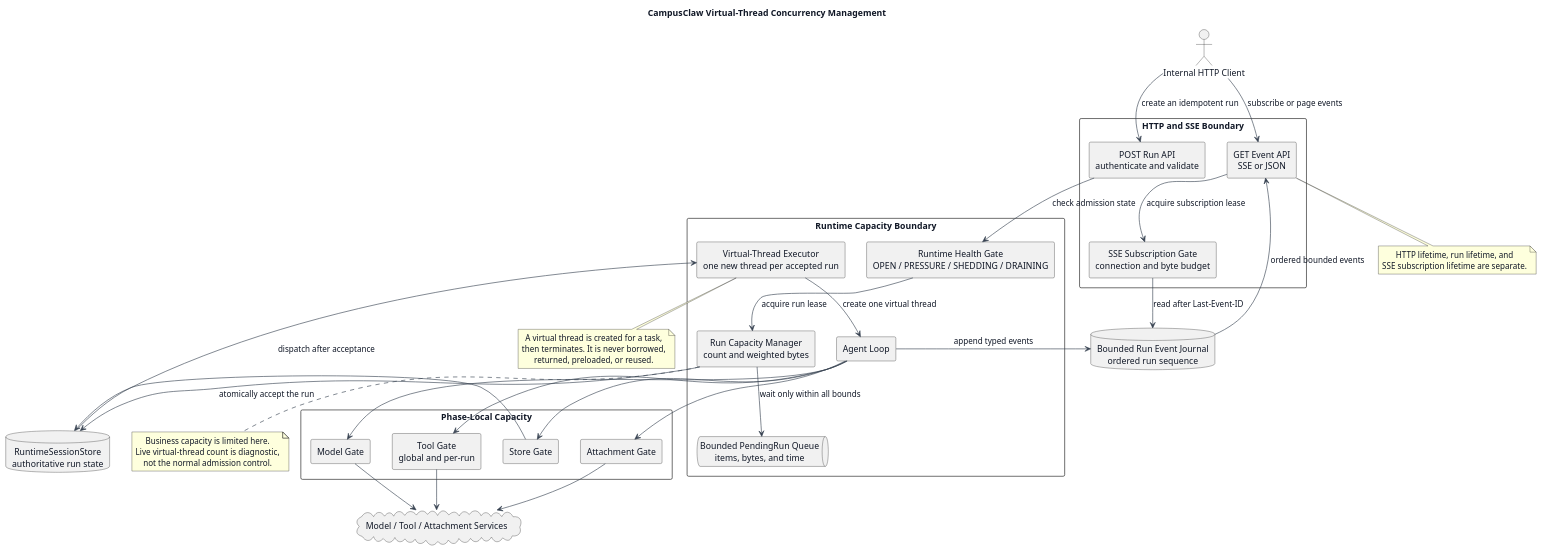
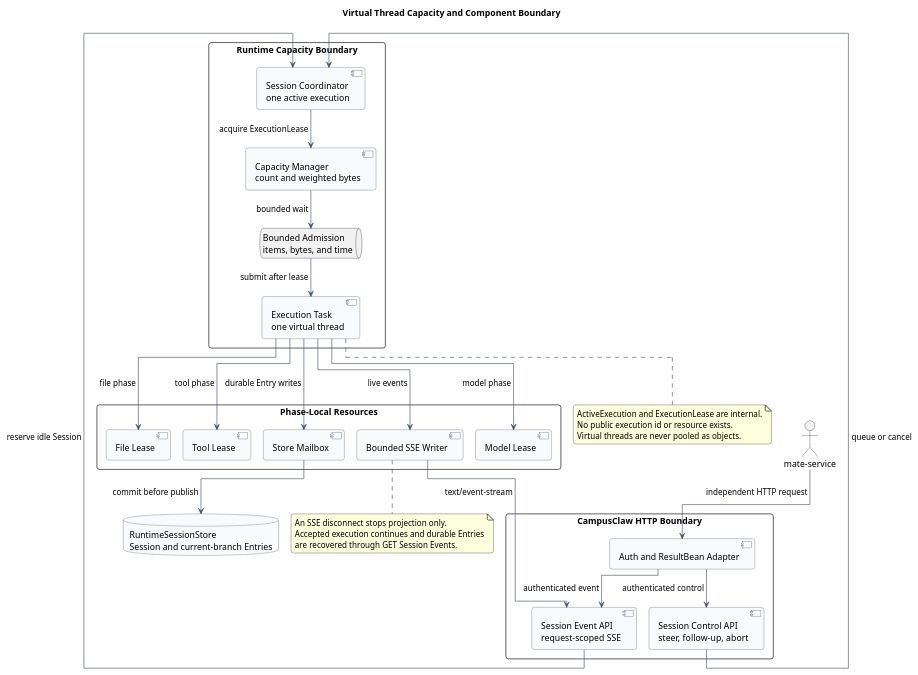
One commit to ssm0808/pi-mono-java-design changed the first of 3 diagrams in virtual-thread-concurrency-management/diagram.puml. Above: the diagram before and after it, drawn with PlantUML. The commit also changed other lines of this file and 61 other files, not shown here.

```diff
--- a/virtual-thread-concurrency-management/diagram.puml
+++ b/virtual-thread-concurrency-management/diagram.puml
@@ -12,76 +7,75 @@
 @startuml virtual_thread_capacity_overview
-title CampusClaw Virtual-Thread Concurrency Management
+!pragma layout elk
+title Virtual Thread Capacity and Component Boundary
+
+' Source evidence:
+' modules/agent-core/src/main/java/com/campusclaw/agent/Agent.java, VIRTUAL_THREAD_EXECUTOR and startExecution
+' modules/agent-core/src/main/java/com/campusclaw/agent/loop/AgentLoop.java, consumeStream
+' modules/agent-core/src/main/java/com/campusclaw/agent/tool/ToolExecutionPipeline.java, executeParallel
+' modules/ai/src/main/java/com/campusclaw/ai/stream/EventStream.java, eventSink
+' Observed behavior: agent and tool tasks already use virtual threads and blocking stream consumption.
+' Architecture change: add deployment-level execution admission, byte budgets, and phase-local leases.
+' Product constraint: callers see Session Events and Entries, never an execution resource or id.
 
 skinparam backgroundColor #FFFFFF
-skinparam defaultFontColor #111827
-skinparam componentStyle rectangle
 skinparam shadowing false
-skinparam defaultTextAlignment center
-skinparam ArrowColor #374151
+skinparam roundcorner 8
+skinparam ArrowColor #475569
+skinparam ComponentBorderColor #475569
+skinparam ComponentBackgroundColor #F8FAFC
+skinparam DatabaseBorderColor #475569
+skinparam DatabaseBackgroundColor #F8FAFC
 
-actor "Internal HTTP Client" as client
+actor "mate-service" as client
 
-rectangle "HTTP and SSE Boundary" {
-  component "POST Run API\nauthenticate and validate" as post
-  component "GET Event API\nSSE or JSON" as event_api
-  component "SSE Subscription Gate\nconnection and byte budget" as sse_gate
+rectangle "CampusClaw HTTP Boundary" {
+  component "Session Event API\nrequest-scoped SSE" as api
+  component "Session Control API\nsteer, follow-up, abort" as control
+  component "Auth and ResultBean Adapter" as auth
 }
 
 rectangle "Runtime Capacity Boundary" {
-  component "Runtime Health Gate\nOPEN / PRESSURE / SHEDDING / DRAINING" as health
-  component "Run Capacity Manager\ncount and weighted bytes" as run_gate
-  queue "Bounded PendingRun Queue\nitems, bytes, and time" as queue
-  component "Virtual-Thread Executor\none new thread per accepted run" as executor
-  component "Agent Loop" as loop
+  component "Session Coordinator\none active execution" as session
+  component "Capacity Manager\ncount and weighted bytes" as capacity
+  queue "Bounded Admission\nitems, bytes, and time" as queue
+  component "Execution Task\none virtual thread" as task
 }
 
-rectangle "Phase-Local Capacity" {
-  component "Model Gate" as model_gate
-  component "Tool Gate\nglobal and per-run" as tool_gate
-  component "Store Gate" as store_gate
-  component "Attachment Gate" as attachment_gate
+rectangle "Phase-Local Resources" {
+  component "Model Lease" as model
+  component "Tool Lease" as tool
+  component "File Lease" as file
+  component "Store Mailbox" as mailbox
+  component "Bounded SSE Writer" as sse
 }
 
-database "RuntimeSessionStore\nauthoritative run state" as store
-database "Bounded Run Event Journal\nordered run sequence" as journal
-cloud "Model / Tool / Attachment Services" as services
+database "RuntimeSessionStore\nSession and current-branch Entries" as store
 
-client --> post : create an idempotent run
-post --> health : check admission state
-health --> run_gate : acquire run lease
-run_gate --> queue : wait only within all bounds
-run_gate --> store : atomically accept the run
-store --> executor : dispatch after acceptance
-executor --> loop : create one virtual thread
-loop --> model_gate
-loop --> tool_gate
-loop --> store_gate
-loop --> attachment_gate
-model_gate --> services
-tool_gate --> services
-attachment_gate --> services
-store_gate --> store
-loop --> journal : append typed events
+client --> auth : independent HTTP request
+auth --> api : authenticated event
+auth --> control : authenticated control
+api --> session : reserve idle Session
+session --> capacity : acquire ExecutionLease
+capacity --> queue : bounded wait
+queue --> task : submit after lease
+task --> model : model phase
+task --> tool : tool phase
+task --> file : file phase
+task --> mailbox : durable Entry writes
+mailbox --> store : commit before publish
+task --> sse : live events
+sse --> api : text/event-stream
+control --> session : queue or cancel
 
-client --> event_api : subscribe or page events
-event_api --> sse_gate : acquire subscription lease
-sse_gate --> journal : read after Last-Event-ID
-journal --> event_api : ordered bounded events
-
-note bottom of executor
-  A virtual thread is created for a task,
-  then terminates. It is never borrowed,
-  returned, preloaded, or reused.
+note bottom of task
+ActiveExecution and ExecutionLease are internal.
+No public execution id or resource exists.
+Virtual threads are never pooled as objects.
 end note
 
-note bottom of run_gate
-  Business capacity is limited here.
-  Live virtual-thread count is diagnostic,
-  not the normal admission control.
-end note
-
-note bottom of event_api
-  HTTP lifetime, run lifetime, and
-  SSE subscription lifetime are separate.
+note bottom of sse
+An SSE disconnect stops projection only.
+Accepted execution continues and durable Entries
+are recovered through GET Session Events.
 end note
 @enduml
```
